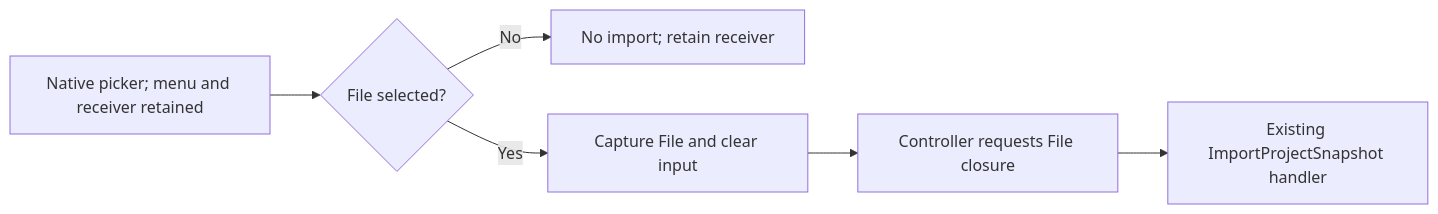
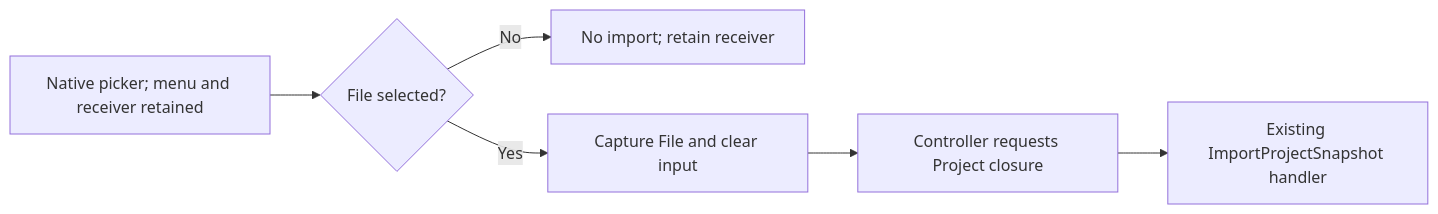
One commit to dunay2/dvt changed diagram 34 of 34 in docs/architecture/components/web/appshell/app-shell.md. Above: the diagram before and after it, drawn with Mermaid. The commit also changed other lines of this file and 58 other files, not shown here.

````diff
--- a/docs/architecture/components/web/appshell/app-shell.md
+++ b/docs/architecture/components/web/appshell/app-shell.md
@@ -1597,8 +1594,8 @@
 ```mermaid
 flowchart LR
   Picker[Native picker; menu and receiver retained] --> Choice{File selected?}
   Choice -->|No| Retain[No import; retain receiver]
   Choice -->|Yes| Capture[Capture File and clear input]
-  Capture --> Close[Controller requests File closure]
+  Capture --> Close[Controller requests Project closure]
   Close --> Import[Existing ImportProjectSnapshot handler]
 ```
````
